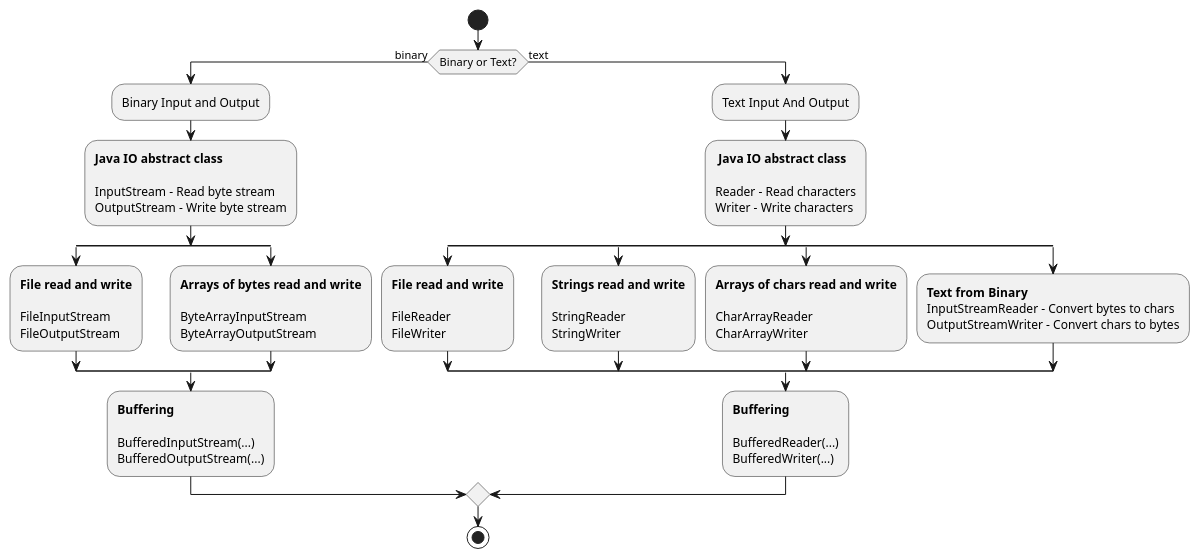
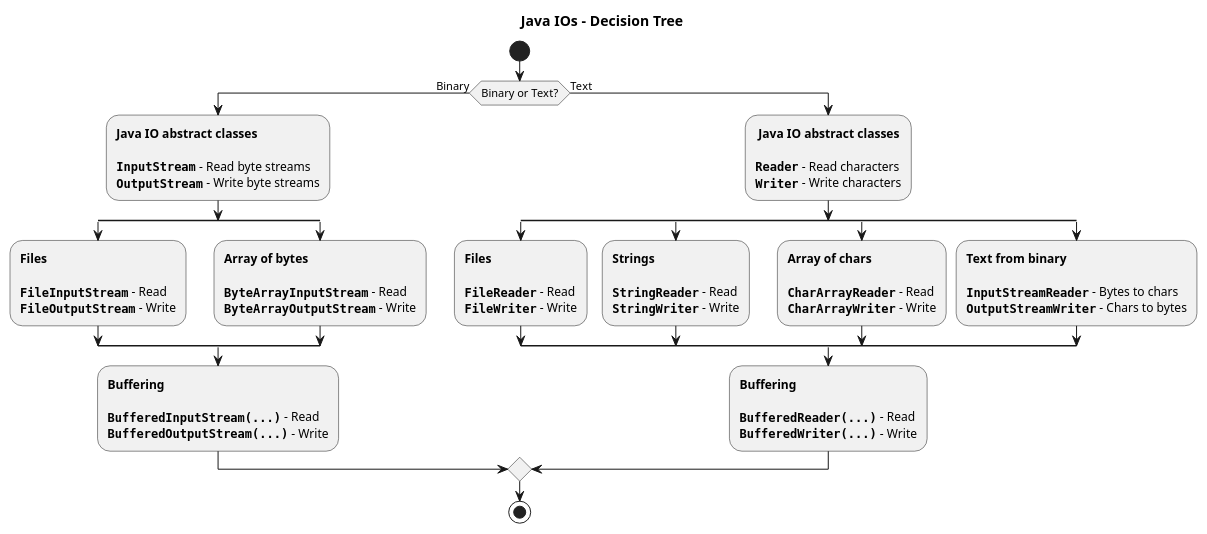
One commit to heig-vd-dai-course/heig-vd-dai-course changed the diagram in 02.01-java-ios/01-course-material/images/when-to-use-which-io.plantuml. Above: the diagram before and after it, drawn with PlantUML. The commit also changed 12 other files, not shown here.

```diff
--- a/02.01-java-ios/01-course-material/images/when-to-use-which-io.plantuml
+++ b/02.01-java-ios/01-course-material/images/when-to-use-which-io.plantuml
@@ -1,64 +1,71 @@
-@startuml java-io-decision-tree
+@startuml java-ios-decision-tree
+skinparam boxPadding 100
+skinparam maxMessageSize 150
+skinparam noteTextAlignment center
+skinparam sequenceMessageAlign direction
+skinparam wrapWidth 250
+
+title "Java IOs - Decision Tree"
+
 start
 
-if (Binary or Text?) then (binary)
-  :Binary Input and Output;
-  :**Java IO abstract class**
+if (Binary or Text?) then (Binary)
+  :**Java IO abstract classes**
 
-  InputStream - Read byte stream
-  OutputStream - Write byte stream;
+  **""InputStream""** - Read byte streams
+  **""OutputStream""** - Write byte streams;
 
   split
-    :**File read and write**
+    :**Files**
 
-    FileInputStream
-    FileOutputStream;
+    **""FileInputStream""** - Read
+    **""FileOutputStream""** - Write;
   split again
-    :**Arrays of bytes read and write**
+    :**Array of bytes**
 
-    ByteArrayInputStream
-    ByteArrayOutputStream;
+    **""ByteArrayInputStream""** - Read
+    **""ByteArrayOutputStream""** - Write;
   end split
 
   :**Buffering**
 
-  BufferedInputStream(...)
-  BufferedOutputStream(...);
+  **""BufferedInputStream(...)""** - Read
+  **""BufferedOutputStream(...)""** - Write;
 
-else (text)
-  :Text Input And Output;
-  : **Java IO abstract class**
+else (Text)
+  : **Java IO abstract classes**
 
-  Reader - Read characters
-  Writer - Write characters;
+  **""Reader""** - Read characters
+  **""Writer""** - Write characters;
 
   split
-    :**File read and write**
+    :**Files**
 
-    FileReader
-    FileWriter;
+    **""FileReader""** - Read
+    **""FileWriter""** - Write;
 
   split again
-    :**Strings read and write**
+    :**Strings**
 
-    StringReader
-    StringWriter;
+    **""StringReader""** - Read
+    **""StringWriter""** - Write;
   split again
-    :**Arrays of chars read and write**
+    :**Array of chars**
 
-    CharArrayReader
-    CharArrayWriter;
+    **""CharArrayReader""** - Read
+    **""CharArrayWriter""** - Write;
   split again
-    :**Text from Binary**
-    InputStreamReader - Convert bytes to chars
-    OutputStreamWriter - Convert chars to bytes;
+    :**Text from binary**
+
+    **""InputStreamReader""** - Bytes to chars
+    **""OutputStreamWriter""** - Chars to bytes;
   end split
 
   :**Buffering**
 
-  BufferedReader(...)
-  BufferedWriter(...);
+  **""BufferedReader(...)""** - Read
+  **""BufferedWriter(...)""** - Write;
 
 endif
 stop
 @enduml
```
